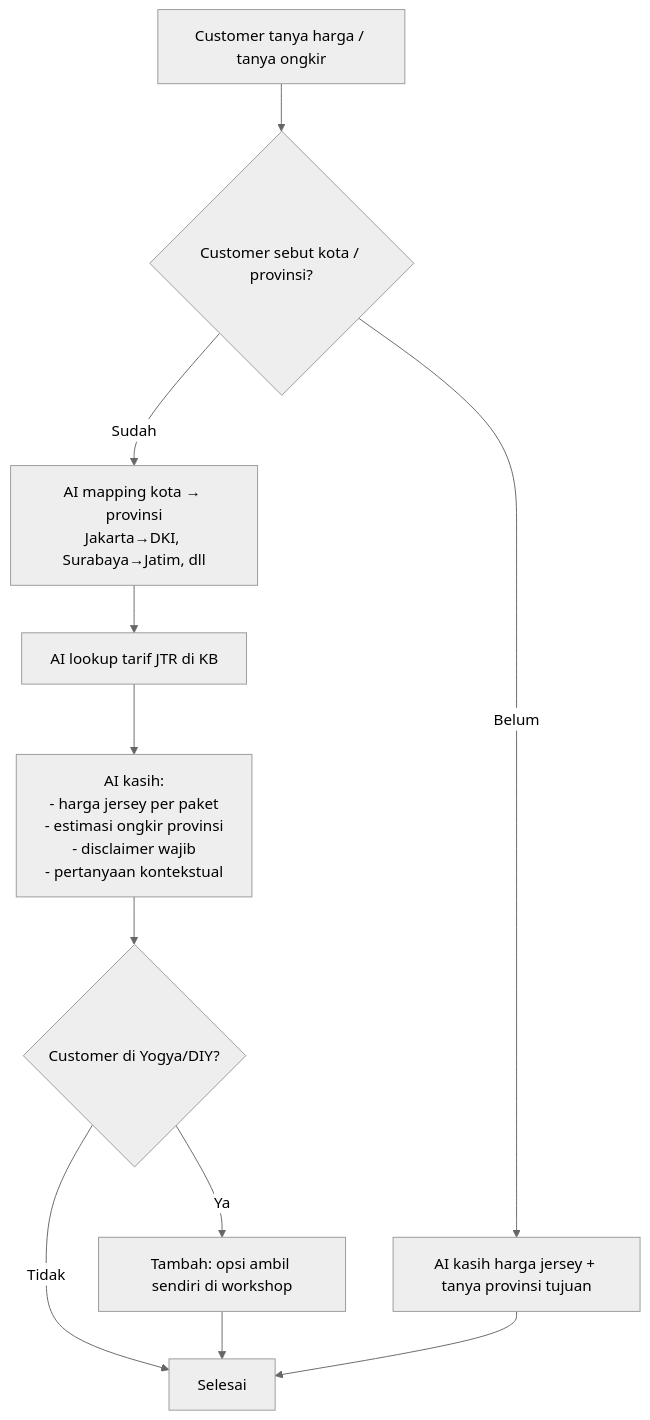
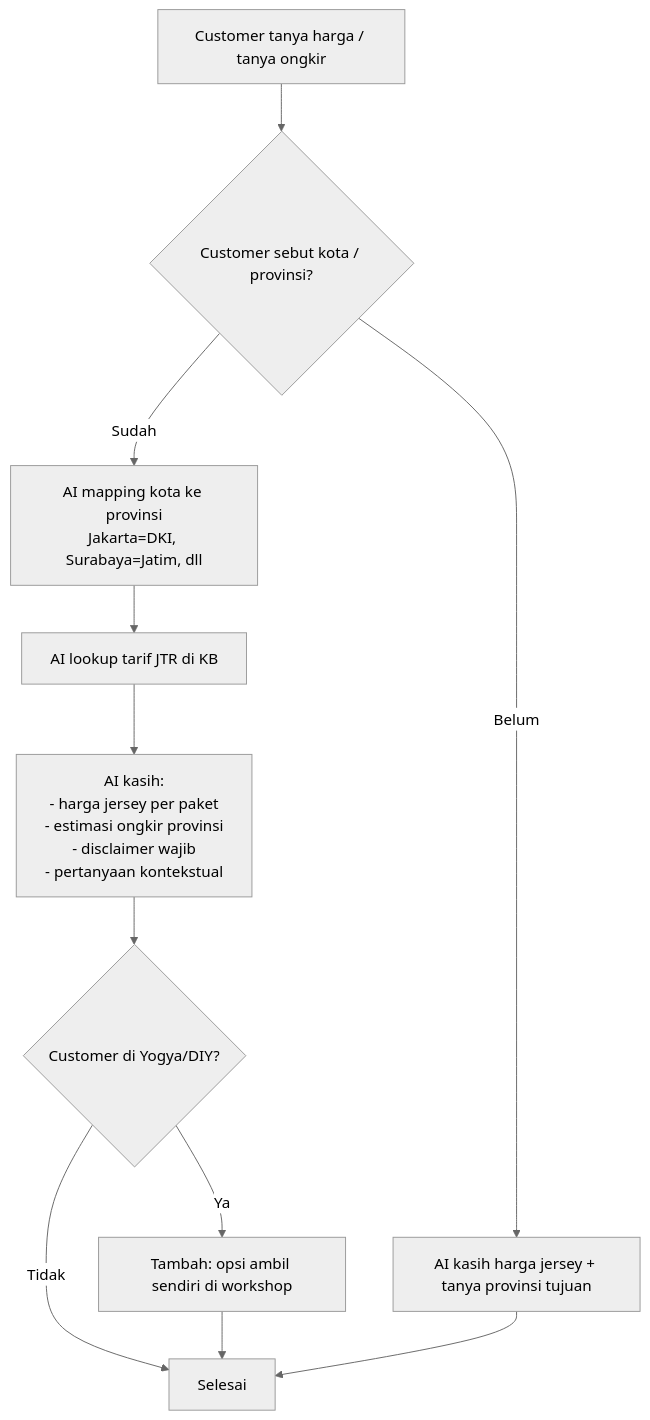
The fifth of 6 diagrams in REVISI_CHATBOT_REPORT_2026-05-26.md (EzraNahumury/chatbot-wa), drawn with Mermaid (neutral theme) before and after one commit. The commit also changed other lines of this file, not shown here.

First line of the commit message:
fix(docs): mermaid render error — strip inner double quotes & unicode arrows

````diff
--- a/REVISI_CHATBOT_REPORT_2026-05-26.md
+++ b/REVISI_CHATBOT_REPORT_2026-05-26.md
@@ -397,13 +397,13 @@
 ```mermaid
 flowchart TD
     A[Customer tanya harga / tanya ongkir] --> B{Customer sebut kota / provinsi?}
     B -->|Belum| C[AI kasih harga jersey + tanya provinsi tujuan]
-    B -->|Sudah| D[AI mapping kota → provinsi<br/>Jakarta→DKI, Surabaya→Jatim, dll]
+    B -->|Sudah| D[AI mapping kota ke provinsi<br/>Jakarta=DKI, Surabaya=Jatim, dll]
     D --> E[AI lookup tarif JTR di KB]
     E --> F[AI kasih:<br/>- harga jersey per paket<br/>- estimasi ongkir provinsi<br/>- disclaimer wajib<br/>- pertanyaan kontekstual]
     F --> G{Customer di Yogya/DIY?}
     G -->|Ya| G1[Tambah: opsi ambil sendiri di workshop]
     G -->|Tidak| Z[Selesai]
     G1 --> Z
     C --> Z
 ```
````
